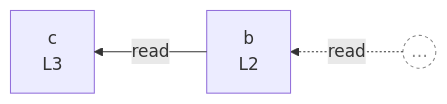
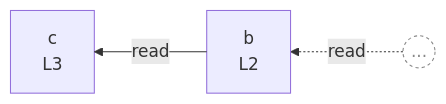
The diagram in integration/fixtures/const-chain-five/preview.pruned-c-b1.md (crescware/unsnarl), drawn with Mermaid before and after one commit. The commit also changed 21 other files, not shown here.

First line of the commit message:
feat(prune): expand line/range queries through references; survive large graphs

````diff
--- a/integration/fixtures/const-chain-five/preview.pruned-c-b1.md
+++ b/integration/fixtures/const-chain-five/preview.pruned-c-b1.md
@@ -21,12 +21,12 @@
 ```mermaid
 %%{init: {"flowchart": {"defaultRenderer": "elk"}}}%%
 flowchart RL
-  %% pruning: roots=[c(1)] ancestors=1 descendants=0
+  %% pruning roots c=1 ancestors=1 descendants=0
   n_scope_0_b_19["b<br/>L2"]
   n_scope_0_c_32["c<br/>L3"]
   n_scope_0_b_19 -->|read| n_scope_0_c_32
-  boundary_stub_1((…))
+  boundary_stub_1((...))
   boundary_stub_1 -.->|read| n_scope_0_b_19
   classDef boundaryStub fill:transparent,stroke:#888,stroke-dasharray:3 3,color:#888;
   class boundary_stub_1 boundaryStub;
 ```
````
